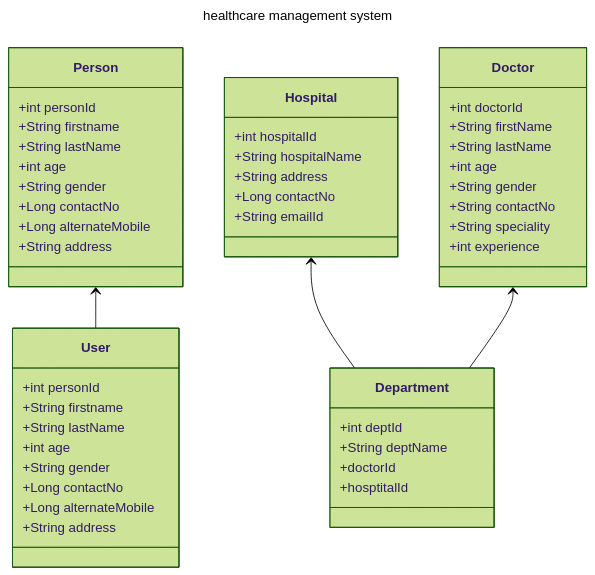
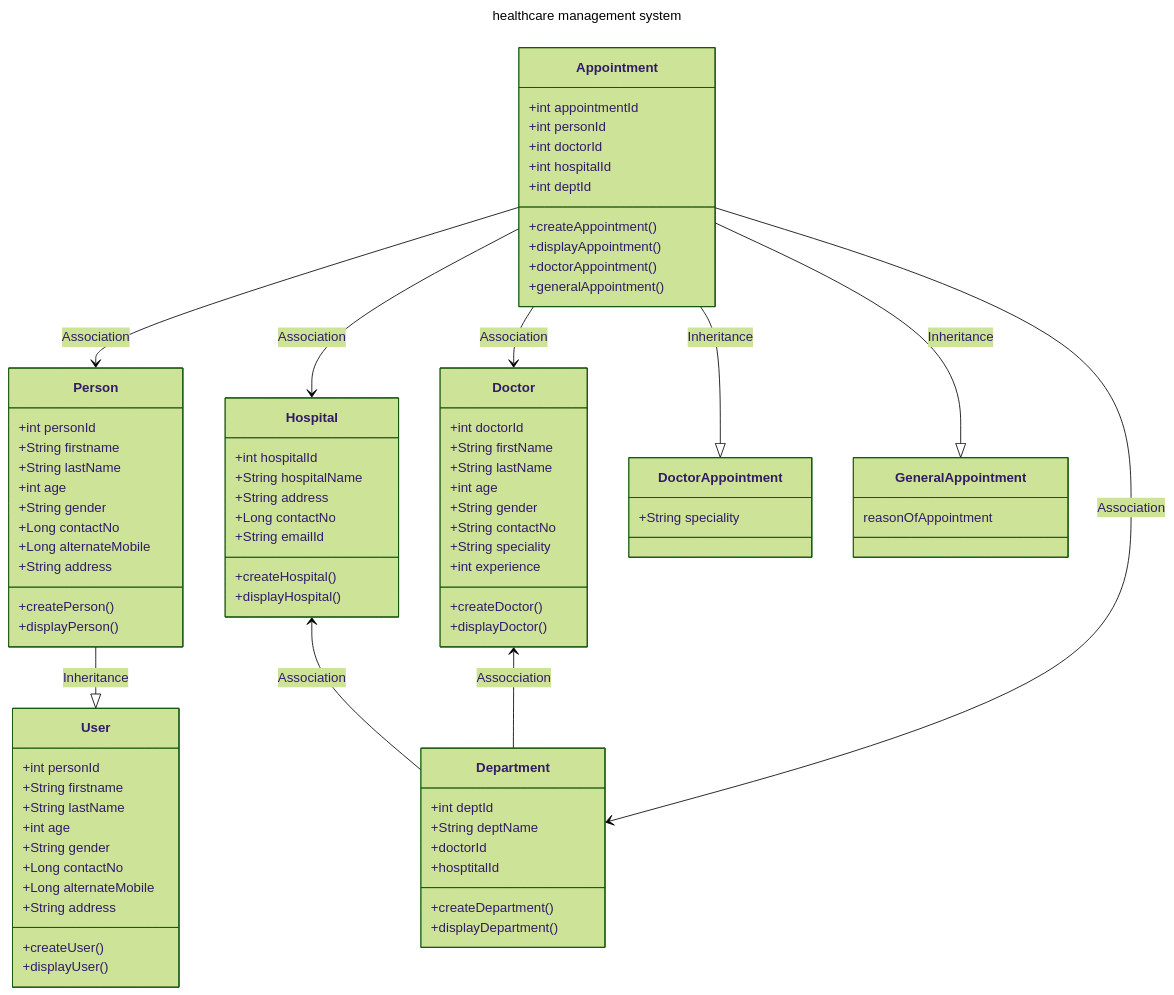
One commit to Sunildivase/inheritance-healthcare-management-system changed the diagram in README.md. Above: the diagram before and after it, drawn with Mermaid (forest theme).

````diff
--- a/README.md
+++ b/README.md
@@ -56,7 +56,12 @@
  Person : +Long alternateMobile
  Person : +String address
 
- Person <-- User  
+class Person{
+ +createPerson()
+ +displayPerson()
+}
+
+  Person --|> User  : Inheritance
 
  User : +int personId
  User : +String firstname
@@ -67,6 +72,11 @@
  User : +Long alternateMobile
  User : +String address
 
+class User{
+ +createUser()
+ +displayUser()
+}
+
 Doctor: +int doctorId
 Doctor: +String firstName
 Doctor: +String lastName
@@ -76,18 +86,59 @@
 Doctor: +String speciality
 Doctor: +int experience
 
+class Doctor{
+ +createDoctor()
+ +displayDoctor()
+}
+
 Hospital: +int hospitalId
 Hospital: +String hospitalName
 Hospital: +String address
 Hospital: +Long contactNo
 Hospital: +String emailId
 
+class Hospital{
++createHospital()
++displayHospital()
+}
+
 Department: +int deptId
 Department: +String deptName
 Department: +doctorId
 Department: +hosptitalId
 
-Hospital <-- Department 
-Doctor  <-- Department 
+class Department{
++createDepartment()
++displayDepartment()
+}
+
+Hospital <-- Department : Association
+Doctor  <-- Department  : Assocciation
+
+Appointment: +int appointmentId
+Appointment: +int personId
+Appointment: +int doctorId
+Appointment: +int hospitalId
+Appointment: +int deptId
+
+class Appointment{
++createAppointment()
++displayAppointment()
++doctorAppointment()
++generalAppointment()
+}
+
+Appointment --|> DoctorAppointment : Inheritance
+Appointment --|> GeneralAppointment : Inheritance
+
+DoctorAppointment : +String speciality
+
+GeneralAppointment : reasonOfAppointment
+
+Appointment --> Person : Association
+Appointment --> Doctor : Association
+Appointment --> Hospital : Association
+Appointment --> Department : Association
+
 
 ```
````
